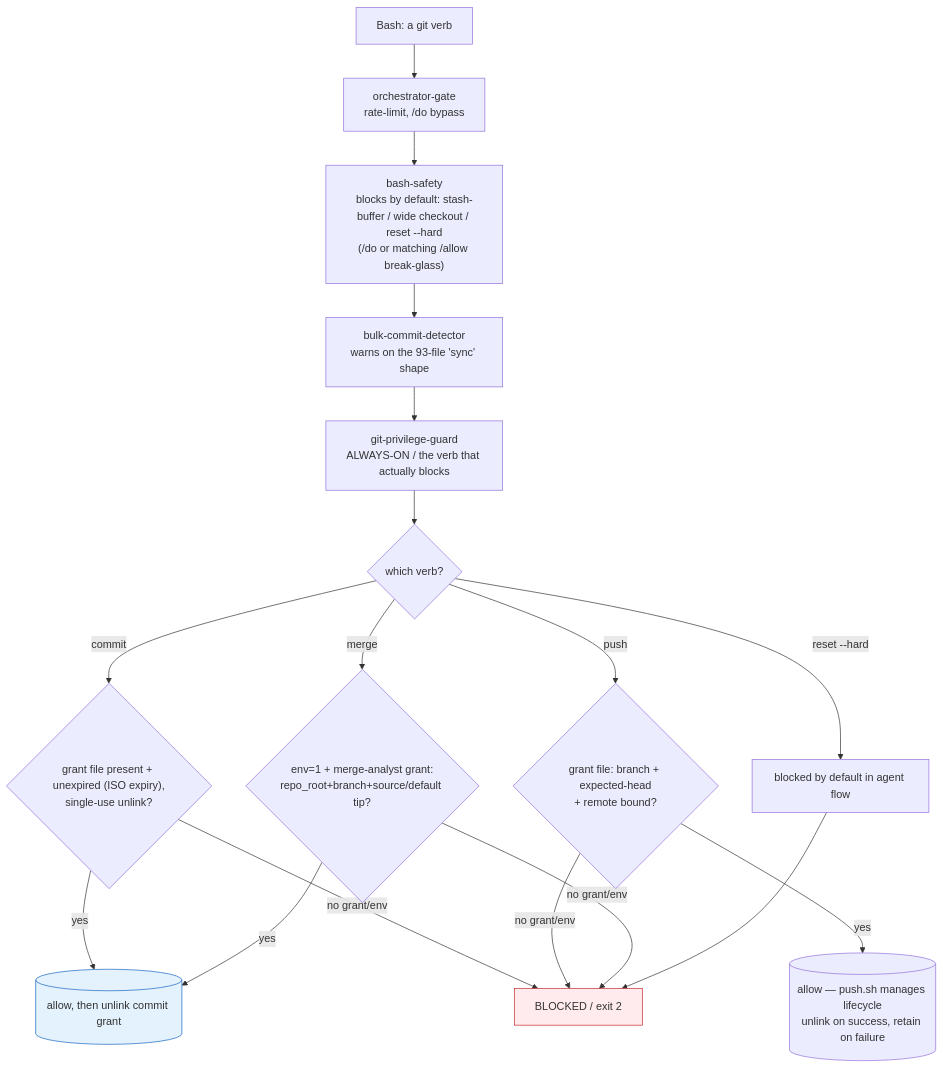
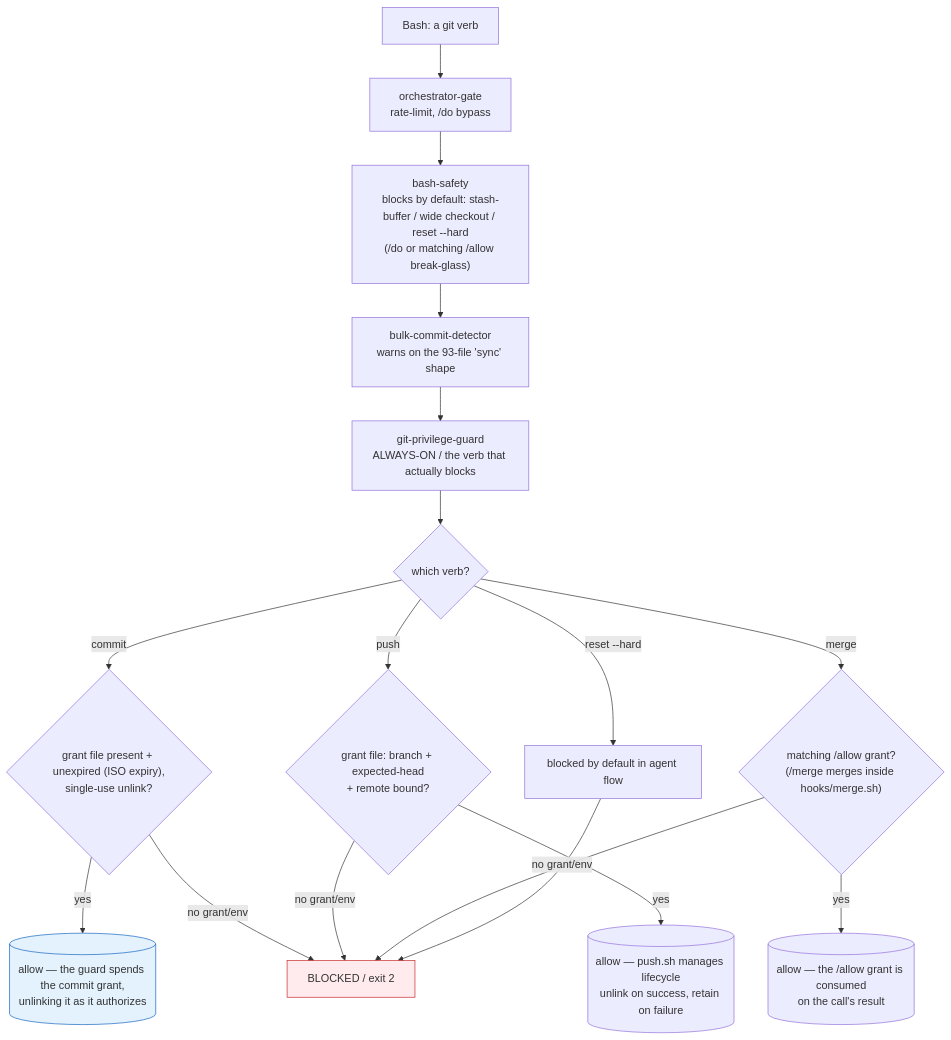
Before and after one commit to Yugoge/awesome-claude-harness: the second of 3 diagrams in README.md, drawn with Mermaid. The commit also changed other lines of this file and 23 other files, not shown here.

````diff
--- a/README.md
+++ b/README.md
@@ -521,24 +521,24 @@
 ```mermaid
 flowchart TD
     B[Bash: a git verb] --> H1[orchestrator-gate<br/>rate-limit, /do bypass]
     H1 --> H2["bash-safety<br/>blocks by default: stash-buffer / wide checkout / reset --hard<br/>(/do or matching /allow break-glass)"]
     H2 --> H3[bulk-commit-detector<br/>warns on the 93-file 'sync' shape]
     H3 --> H4[git-privilege-guard<br/>ALWAYS-ON / the verb that actually blocks]
 
     H4 --> C{which verb?}
     C -->|commit| G1{"grant file present + unexpired (ISO expiry),<br/>single-use unlink?"}
     C -->|push| G2{grant file: branch + expected-head<br/>+ remote bound?}
-    C -->|merge| G3{"env=1 + merge-analyst grant:<br/>repo_root+branch+source/default tip?"}
+    C -->|merge| G3{"matching /allow grant?<br/>(/merge merges inside hooks/merge.sh)"}
     C -->|reset --hard| G4[blocked by default in agent flow]
 
-    G1 -->|yes| OK[(allow, then unlink commit grant)]
+    G1 -->|yes| OK[(allow — the guard spends the commit grant,<br/>unlinking it as it authorizes)]
     G2 -->|yes| OK2[(allow — push.sh manages lifecycle<br/>unlink on success, retain on failure)]
-    G3 -->|yes| OK
+    G3 -->|yes| OK3[(allow — the /allow grant is consumed<br/>on the call's result)]
     G1 & G2 & G3 -->|no grant/env| NO[BLOCKED / exit 2]
     G4 --> NO
 
     classDef block fill:#ffebee,stroke:#c62828
     classDef ok fill:#e3f2fd,stroke:#1565c0
     class NO block
     class OK ok
 ```
````
